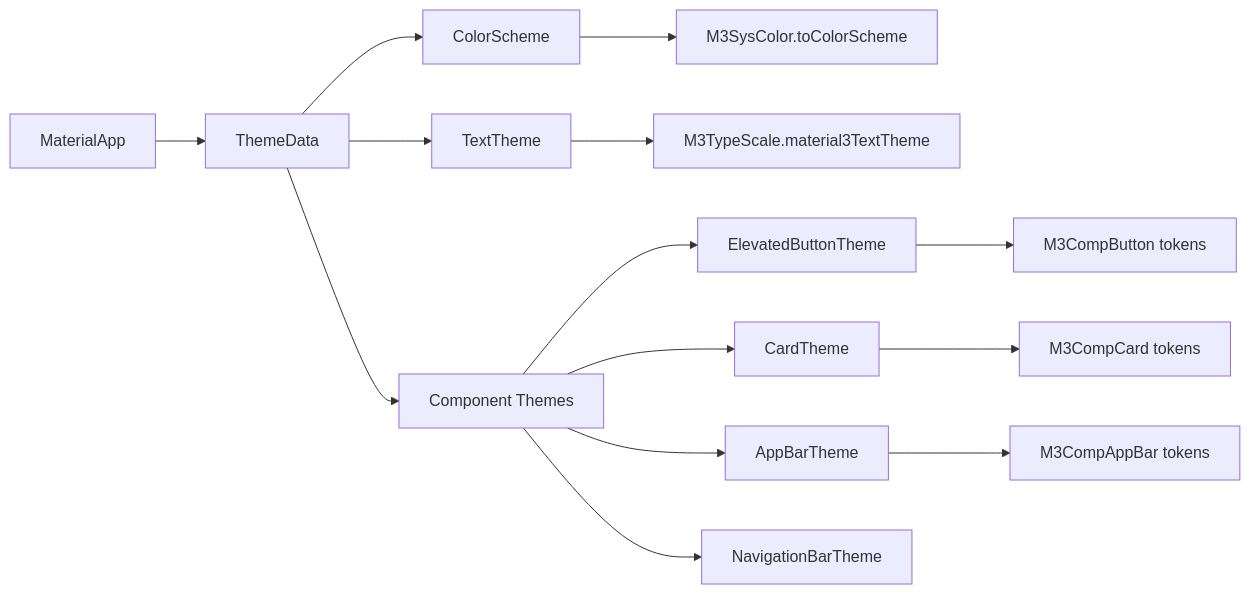
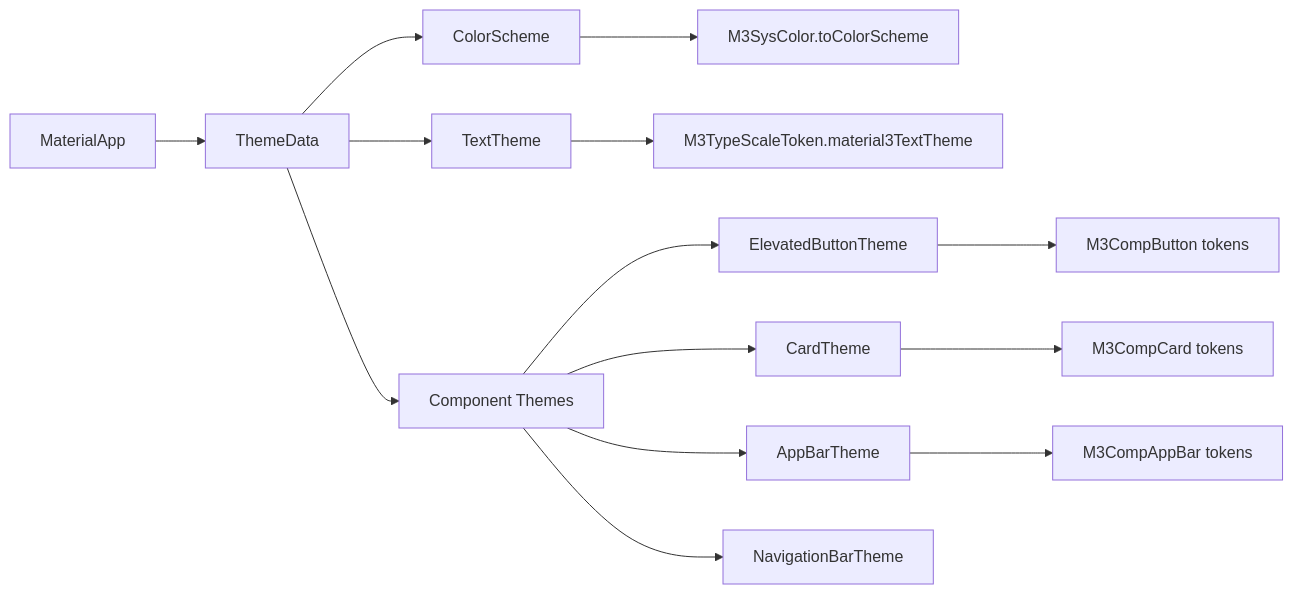
The eighth of 11 diagrams in documentation/material_design/en_US/maps/Component Map.md (fluttely/material_design), drawn with Mermaid before and after one commit. The commit also changed other lines of this file and 51 other files, not shown here.

````diff
--- a/documentation/material_design/en_US/maps/Component Map.md
+++ b/documentation/material_design/en_US/maps/Component Map.md
@@ -253,19 +263,19 @@
 ```mermaid
 graph LR
     A[MaterialApp] --> B[ThemeData]
     B --> C[ColorScheme]
     B --> D[TextTheme]
     B --> E[Component Themes]
-    
+
     C --> C1[M3SysColor.toColorScheme]
-    D --> D1[M3TypeScale.material3TextTheme]
-    
+    D --> D1[M3TypeScaleToken.material3TextTheme]
+
     E --> E1[ElevatedButtonTheme]
     E --> E2[CardTheme]
     E --> E3[AppBarTheme]
     E --> E4[NavigationBarTheme]
-    
+
     E1 --> F1[M3CompButton tokens]
     E2 --> F2[M3CompCard tokens]
     E3 --> F3[M3CompAppBar tokens]
 ```
````
